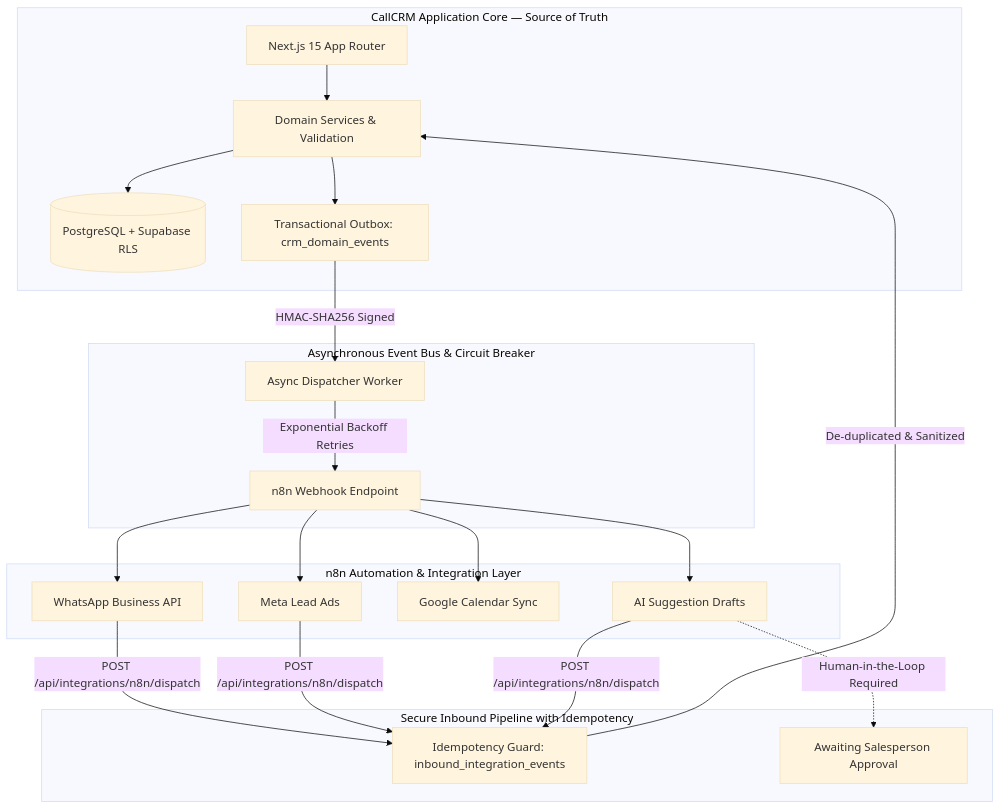
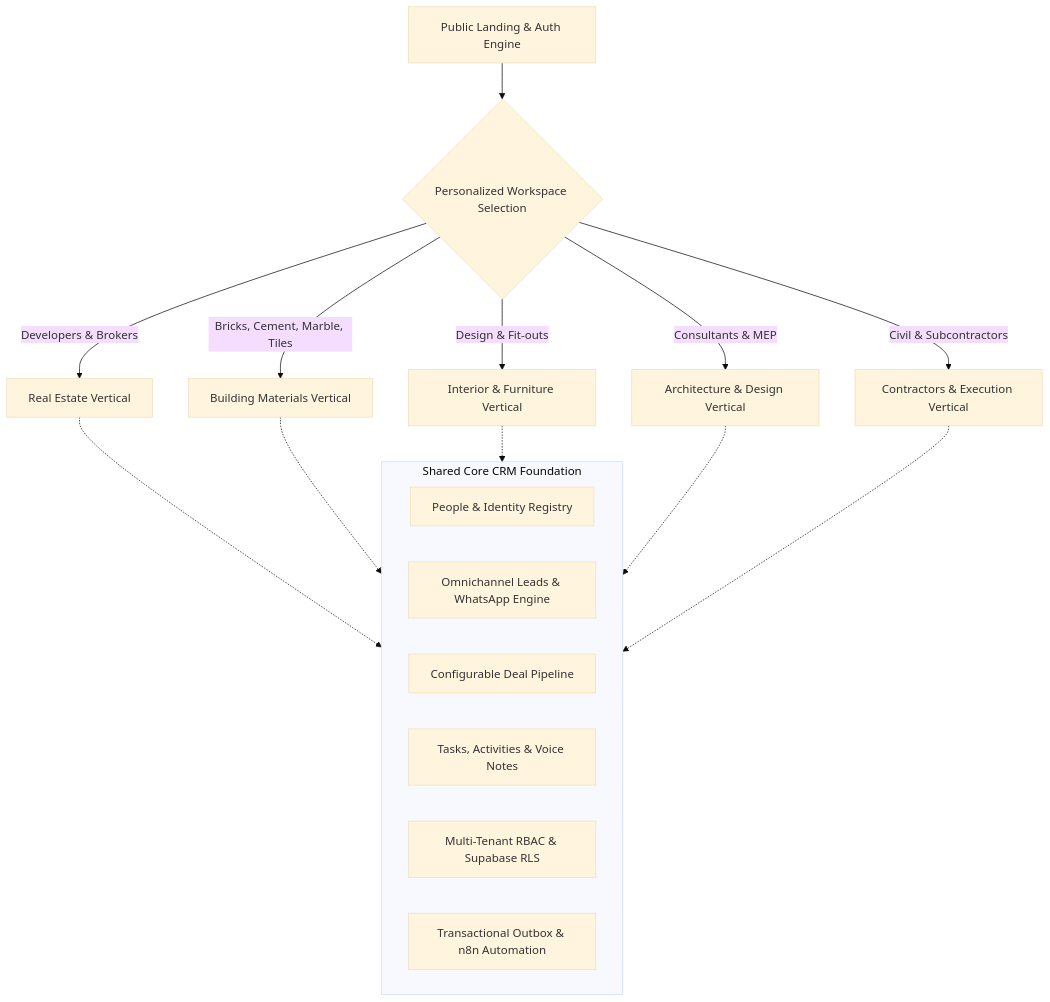
Before and after one commit to Naman09746/building-ecosystem-crm: the diagram in README.md, drawn with Mermaid (base theme). The commit also changed other lines of this file and 61 other files, not shown here.

Commit message:
feat: update CRM and contracting views, add RBAC, and introduce ecosystem documentation

````diff
--- a/README.md
+++ b/README.md
@@ -13,26 +15,21 @@
 ```mermaid
-flowchart TD
-    subgraph CallCRM [CallCRM Application Core — Source of Truth]
-        A[Next.js 15 App Router] --> B[Domain Services & Validation]
-        B --> C[(PostgreSQL + Supabase RLS)]
-        B --> D[Transactional Outbox: crm_domain_events]
+graph TD
+    A[Public Landing & Auth Engine] --> B{Personalized Workspace Selection}
+    
+    B -->|Developers & Brokers| C[Real Estate Vertical]
+    B -->|Bricks, Cement, Marble, Tiles| D[Building Materials Vertical]
+    B -->|Design & Fit-outs| E[Interior & Furniture Vertical]
+    B -->|Consultants & MEP| F[Architecture & Design Vertical]
+    B -->|Civil & Subcontractors| G[Contractors & Execution Vertical]
+
+    subgraph CoreEngine [Shared Core CRM Foundation]
+        H[People & Identity Registry]
+        I[Omnichannel Leads & WhatsApp Engine]
+        J[Configurable Deal Pipeline]
+        K[Tasks, Activities & Voice Notes]
+        L[Multi-Tenant RBAC & Supabase RLS]
+        M[Transactional Outbox & n8n Automation]
     end
 
-    subgraph EventBus [Asynchronous Event Bus & Circuit Breaker]
-        D -->|HMAC-SHA256 Signed| E[Async Dispatcher Worker]
-        E -->|Exponential Backoff Retries| F[n8n Webhook Endpoint]
-    end
-
-    subgraph n8nLayer [n8n Automation & Integration Layer]
-        F --> G[WhatsApp Business API]
-        F --> H[Meta Lead Ads]
-        F --> I[Google Calendar Sync]
-        F --> J[AI Suggestion Drafts]
-    end
-
-    subgraph InboundFlow [Secure Inbound Pipeline with Idempotency]
-        G & H & J -->|POST /api/integrations/n8n/dispatch| K[Idempotency Guard: inbound_integration_events]
-        K -->|De-duplicated & Sanitized| B
-        J -.->|Human-in-the-Loop Required| L[Awaiting Salesperson Approval]
-    end
+    C & D & E & F & G -.-> CoreEngine
 ```
````
